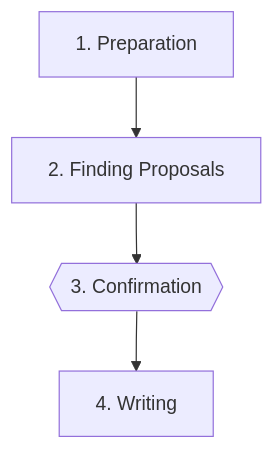
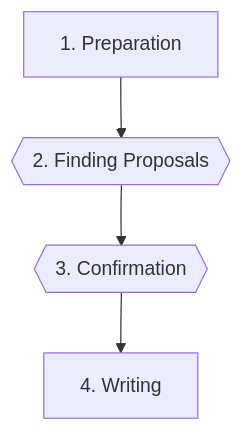
One commit to davidbalivo/skills changed the diagram in skills/engineering/defer-finding/SKILL.md. Above: the diagram before and after it, drawn with Mermaid.

Commit message:
refactor(defer-finding): update mermaid (step 2 stop-and-wait)

````diff
--- a/skills/engineering/defer-finding/SKILL.md
+++ b/skills/engineering/defer-finding/SKILL.md
@@ -51,11 +51,11 @@
 ```mermaid
 flowchart TD
     S1["1. Preparation"]
-    S2["2. Finding Proposals"]
+    S2{{"2. Finding Proposals"}}
     S3{{"3. Confirmation"}}
     S4["4. Writing"]
 
     S1 --> S2
     S2 --> S3
     S3 --> S4
 ```
````
